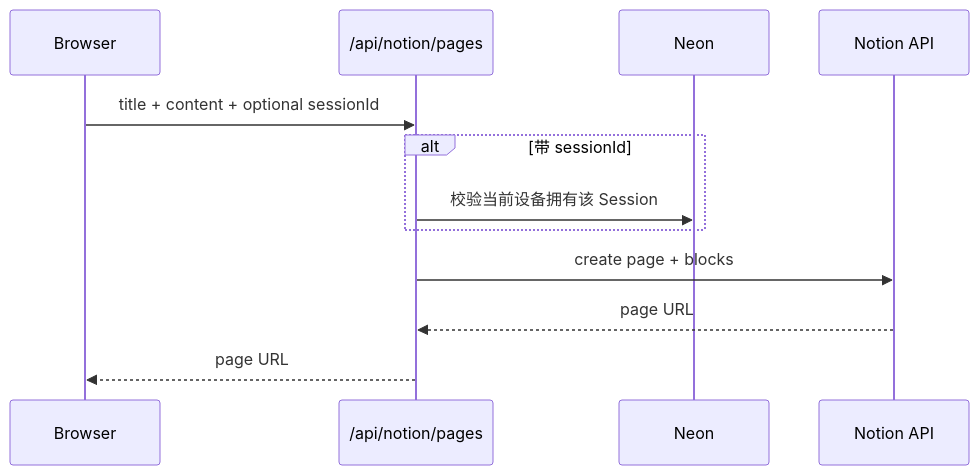
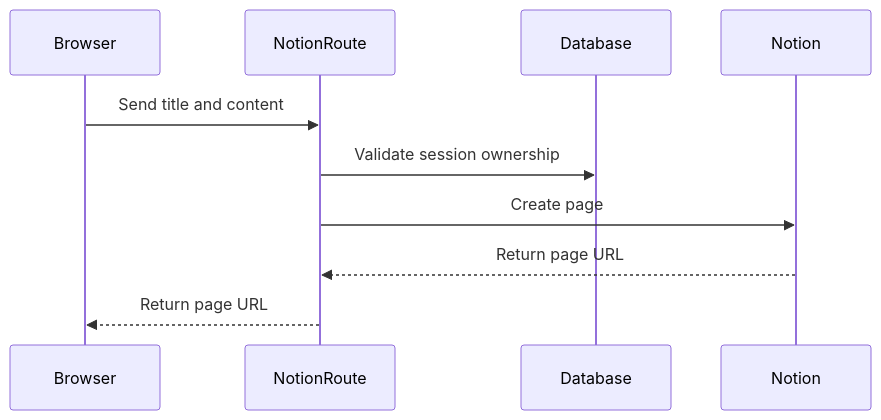
One commit to kakumine2001/NoteFable changed the third of 3 diagrams in docs/architecture/chat-flow.md. Above: the diagram before and after it, drawn with Mermaid. The commit also changed other lines of this file and 6 other files, not shown here.

Commit message:
docs: consolidate architecture overview and harden Mermaid

````diff
--- a/docs/architecture/chat-flow.md
+++ b/docs/architecture/chat-flow.md
@@ -206,15 +192,13 @@
 ```mermaid
 sequenceDiagram
-    participant UI as Browser
-    participant API as /api/notion/pages
-    participant DB as Neon
-    participant N as Notion API
+    participant Browser
+    participant NotionRoute
+    participant Database
+    participant Notion
 
-    UI->>API: title + content + optional sessionId
-    alt 带 sessionId
-        API->>DB: 校验当前设备拥有该 Session
-    end
-    API->>N: create page + blocks
-    N-->>API: page URL
-    API-->>UI: page URL
+    Browser->>NotionRoute: Send title and content
+    NotionRoute->>Database: Validate session ownership
+    NotionRoute->>Notion: Create page
+    Notion-->>NotionRoute: Return page URL
+    NotionRoute-->>Browser: Return page URL
 ```
````
